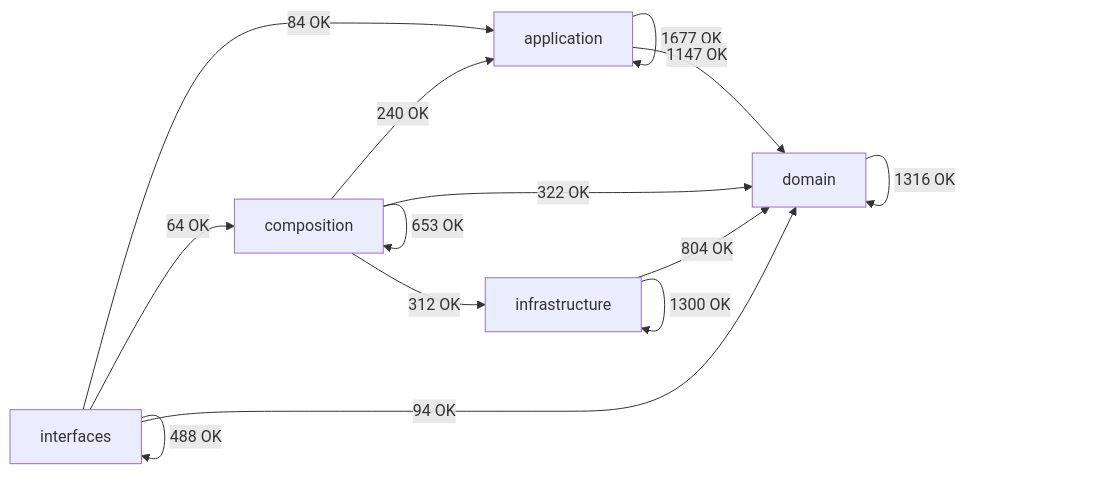
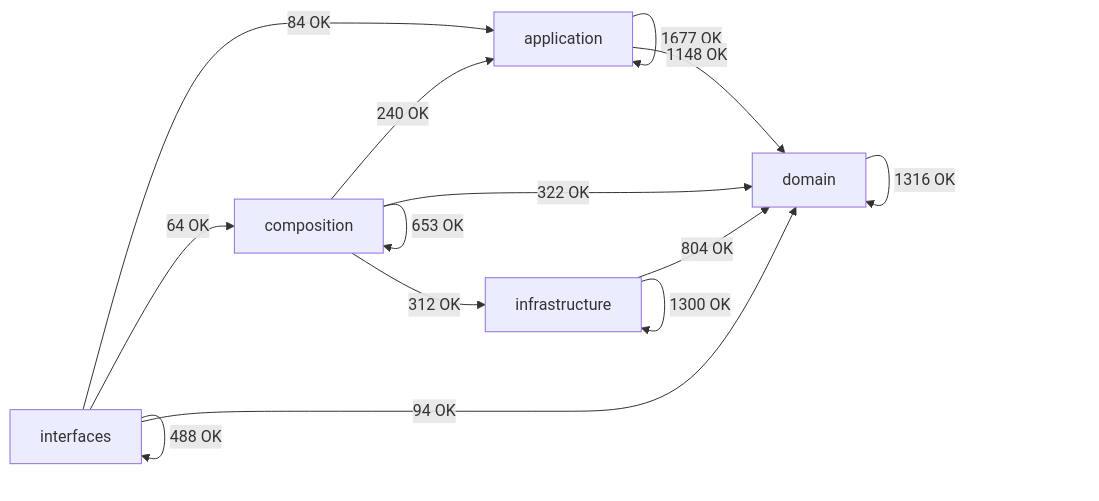
Before and after one commit to SatoryKono/BioactivityDataAcquisition: the diagram in docs/02-architecture/generated/module-dependency-map.md, drawn with Mermaid. The commit also changed other lines of this file and 137 other files, not shown here.

````diff
--- a/docs/02-architecture/generated/module-dependency-map.md
+++ b/docs/02-architecture/generated/module-dependency-map.md
@@ -17,21 +17,21 @@
 ```mermaid
 flowchart LR
     domain[domain]
     application[application]
     infrastructure[infrastructure]
     composition[composition]
     interfaces[interfaces]
     application -->|1677 OK| application
-    application -->|1147 OK| domain
+    application -->|1148 OK| domain
     composition -->|240 OK| application
     composition -->|653 OK| composition
     composition -->|322 OK| domain
     composition -->|312 OK| infrastructure
     domain -->|1316 OK| domain
     infrastructure -->|804 OK| domain
     infrastructure -->|1300 OK| infrastructure
     interfaces -->|84 OK| application
     interfaces -->|64 OK| composition
     interfaces -->|94 OK| domain
     interfaces -->|488 OK| interfaces
 ```
````
